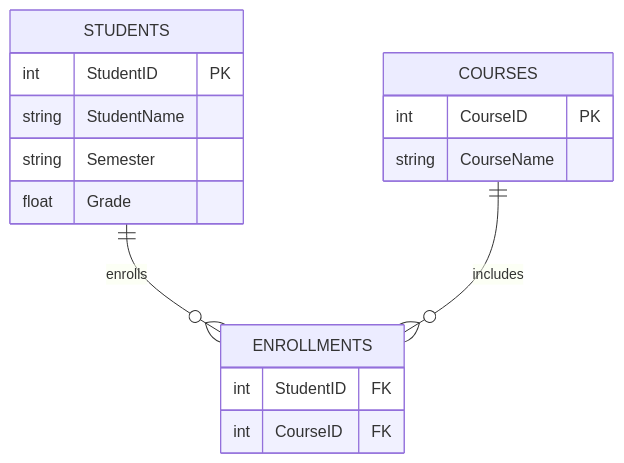
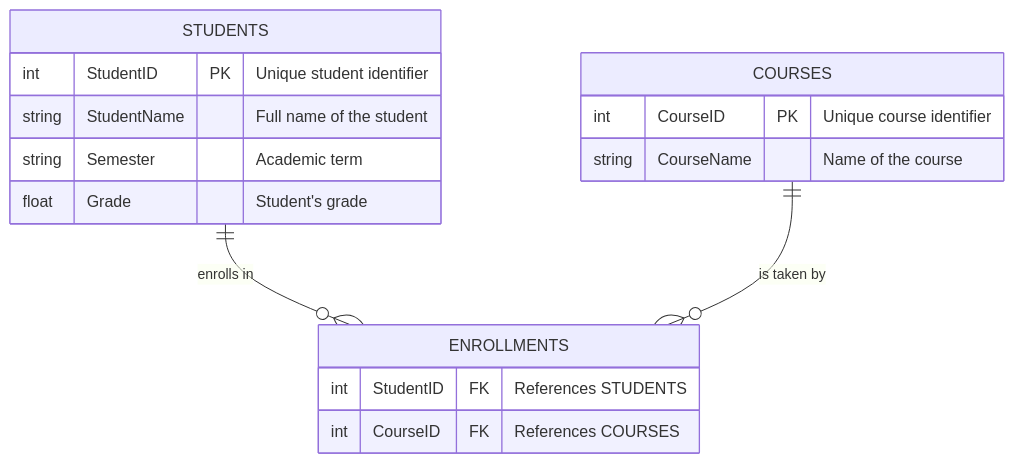
The diagram in README.md (Paule-Cece/plsql-window-fonctions-Paule-Celeste-MIMBA-ESSONE), drawn with Mermaid before and after one commit. The commit also changed other lines of this file and 1 other file, not shown here.

Commit message:
add photos

````diff
--- a/README.md
+++ b/README.md
@@ -65,19 +63,19 @@
 ```mermaid
 erDiagram
     STUDENTS {
-        int StudentID PK
-        string StudentName
-        string Semester
-        float Grade
+        int StudentID PK "Unique student identifier"
+        string StudentName "Full name of the student"
+        string Semester "Academic term"
+        float Grade "Student's grade"
     }
     COURSES {
-        int CourseID PK
-        string CourseName
+        int CourseID PK "Unique course identifier"
+        string CourseName "Name of the course"
     }
     ENROLLMENTS {
-        int StudentID FK
-        int CourseID FK
+        int StudentID FK "References STUDENTS"
+        int CourseID FK "References COURSES"
     }
-    STUDENTS ||--o{ ENROLLMENTS : enrolls
-    COURSES ||--o{ ENROLLMENTS : includes
+    STUDENTS ||--o{ ENROLLMENTS : "enrolls in"
+    COURSES ||--o{ ENROLLMENTS : "is taken by"
 ```
````
